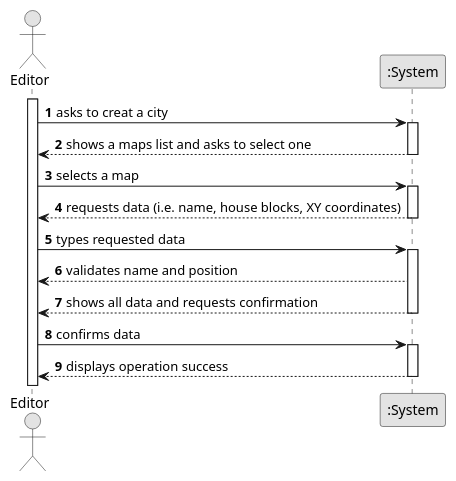
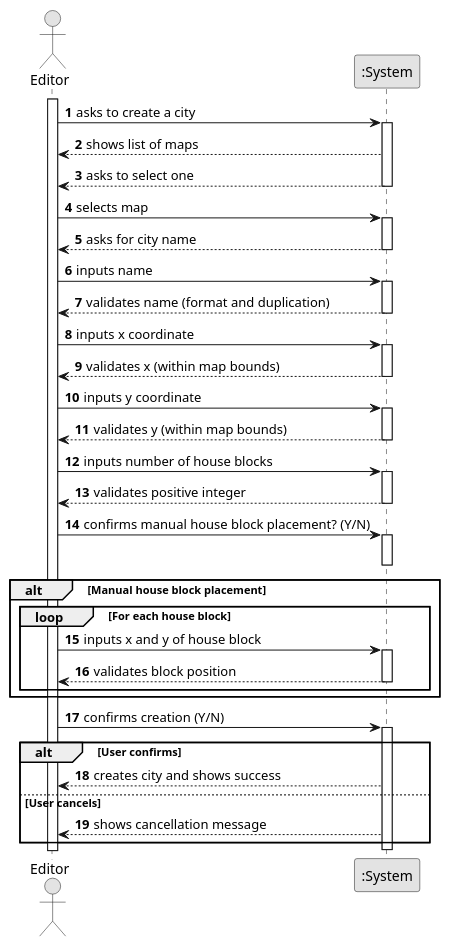
Before and after one commit to bruno-monteiro5/sem2-pi-24.25-g132-repo: the diagram in docs/system-documentation/US003/01.requirements-engineering/puml/US003-SSD.puml, drawn with PlantUML. The commit also changed 6 other files, not shown here.

Commit message:
CreateCityUI aligned with ssd with confirmation prompt

```diff
--- a/docs/system-documentation/US003/01.requirements-engineering/puml/US003-SSD.puml
+++ b/docs/system-documentation/US003/01.requirements-engineering/puml/US003-SSD.puml
@@ -1,38 +1,73 @@
 @startuml
 skinparam monochrome true
 skinparam packageStyle rectangle
 skinparam shadowing false
 
 autonumber
 
-actor "Editor" as Employee
+actor "Editor" as Editor
 participant ":System" as System
 
-activate Employee
+activate Editor
 
-    Employee -> System : asks to creat a city
+    Editor -> System : asks to create a city
     activate System
 
-        System --> Employee : shows a maps list and asks to select one
+        System --> Editor : shows list of maps
+        System --> Editor : asks to select one
     deactivate System
 
-    Employee -> System : selects a map
+    Editor -> System : selects map
     activate System
 
-        System --> Employee : requests data (i.e. name, house blocks, XY coordinates)
+        System --> Editor : asks for city name
     deactivate System
 
-    Employee -> System : types requested data
+    Editor -> System : inputs name
     activate System
 
-        System --> Employee : validates name and position
-        System --> Employee : shows all data and requests confirmation
+        System --> Editor : validates name (format and duplication)
     deactivate System
 
-    Employee -> System : confirms data
+    Editor -> System : inputs x coordinate
+    activate System
+        System --> Editor : validates x (within map bounds)
+    deactivate System
+
+    Editor -> System : inputs y coordinate
+    activate System
+        System --> Editor : validates y (within map bounds)
+    deactivate System
+
+    Editor -> System : inputs number of house blocks
+    activate System
+        System --> Editor : validates positive integer
+    deactivate System
+
+    Editor -> System : confirms manual house block placement? (Y/N)
+    activate System
+    deactivate System
+
+    alt Manual house block placement
+
+        loop For each house block
+            Editor -> System : inputs x and y of house block
+            activate System
+                System --> Editor : validates block position
+            deactivate System
+        end
+
+    end
+
+    Editor -> System : confirms creation (Y/N)
     activate System
 
-        System --> Employee : displays operation success
+        alt User confirms
+            System --> Editor : creates city and shows success
+        else User cancels
+            System --> Editor : shows cancellation message
+        end
+
     deactivate System
 
 @enduml
```
